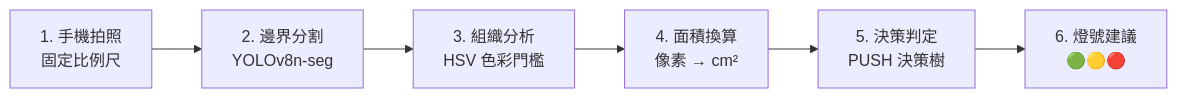
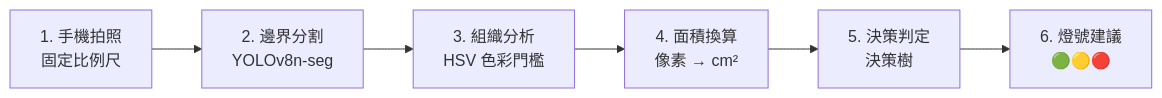
One commit to SyueFa/H.E.R.A. changed the second of 4 diagrams in README.md. Above: the diagram before and after it, drawn with Mermaid. The commit also changed other lines of this file, not shown here.

````diff
--- a/README.md
+++ b/README.md
@@ -59,8 +63,8 @@
 ```mermaid
 flowchart LR
     A["1. 手機拍照<br/>固定比例尺"] --> B["2. 邊界分割<br/>YOLOv8n-seg"]
     B --> C["3. 組織分析<br/>HSV 色彩門檻"]
     C --> D["4. 面積換算<br/>像素 → cm²"]
-    D --> E["5. 決策判定<br/>PUSH 決策樹"]
+    D --> E["5. 決策判定<br/>決策樹"]
     E --> F["6. 燈號建議<br/>🟢🟡🔴"]
 ```
````
